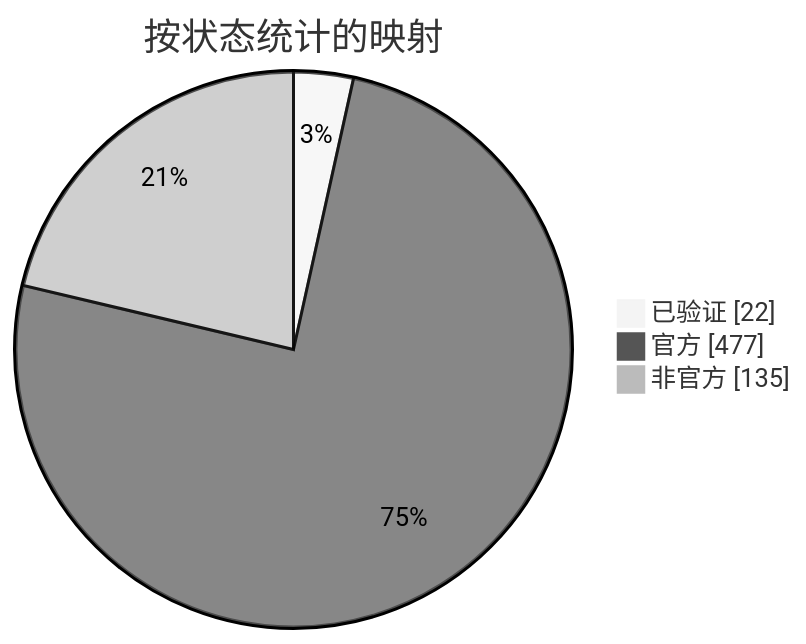
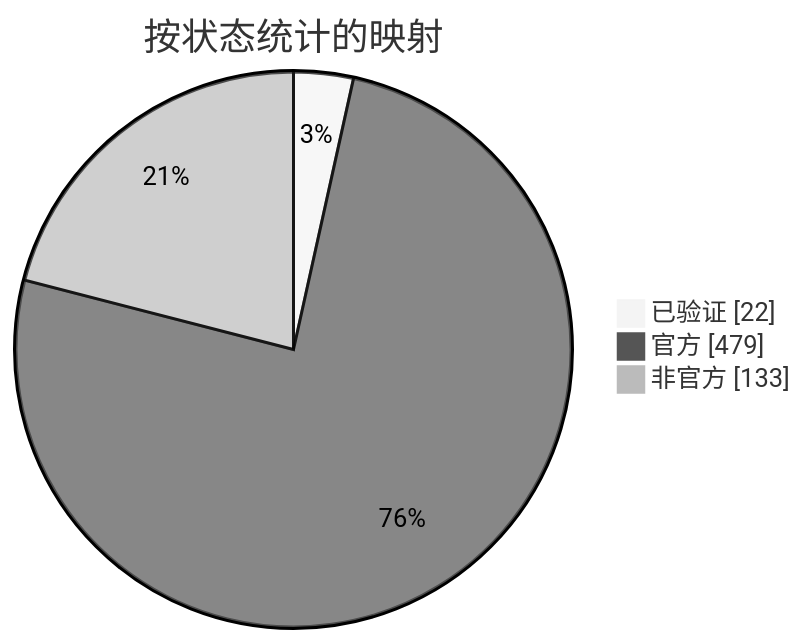
One commit to nobrega8/mbmap-library changed the diagram in docs/readme/README_ZHS.md. Above: the diagram before and after it, drawn with Mermaid (neutral theme). The commit also changed 7 other files, not shown here.

````diff
--- a/docs/readme/README_ZHS.md
+++ b/docs/readme/README_ZHS.md
@@ -54,7 +54,7 @@
 ```mermaid
 pie showData
     title 按状态统计的映射
     "已验证" : 22
-    "官方" : 477
-    "非官方" : 135
+    "官方" : 479
+    "非官方" : 133
 ```
````
